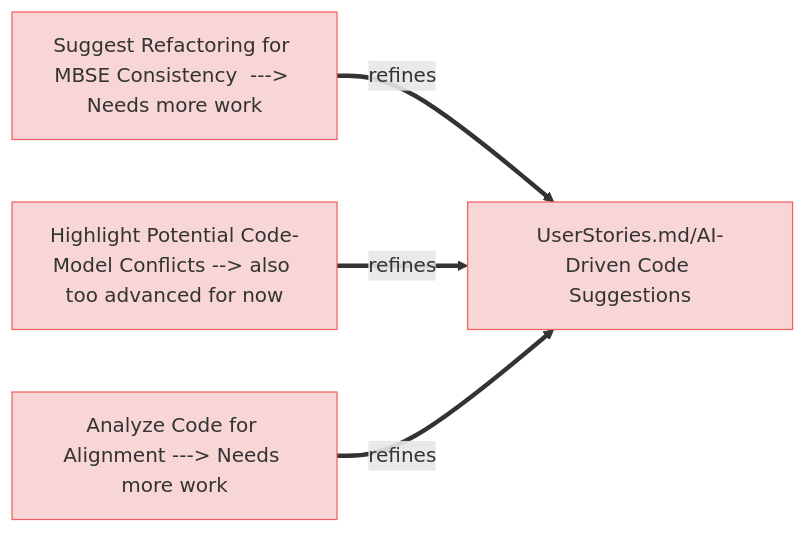
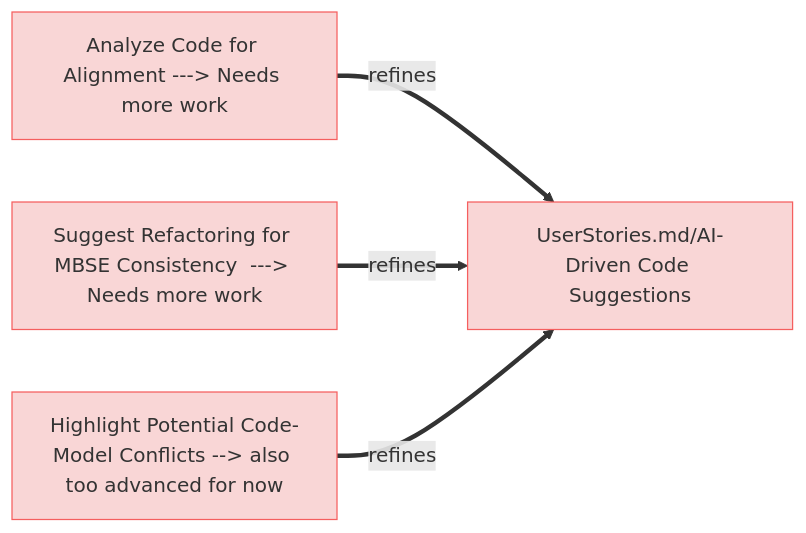
One commit to reqvire-org/reqvire changed the sixth of 11 diagrams in specifications/UserRequirements.md. Above: the diagram before and after it, drawn with Mermaid. The commit also changed other lines of this file and 25 other files, not shown here.

````diff
--- a/specifications/UserRequirements.md
+++ b/specifications/UserRequirements.md
@@ -448,23 +462,24 @@
 ```mermaid
 graph LR;
   %% Graph styling
   classDef requirement fill:#f9d6d6,stroke:#f55f5f,stroke-width:1px;
   classDef verification fill:#d6f9d6,stroke:#5fd75f,stroke-width:1px;
   classDef externalLink fill:#d0e0ff,stroke:#3080ff,stroke-width:1px;
   classDef default fill:#f5f5f5,stroke:#333333,stroke-width:1px;
+
+  e19f1380d9["Analyze Code for Alignment ---> Needs more work"];
+  click e19f1380d9 "UserRequirements.md#analyze-code-for-alignment---->-needs-more-work";
+  class e19f1380d9 requirement;
+  a4657fca5a["UserStories.md/AI-Driven Code Suggestions"];
+  class a4657fca5a requirement;
+  click a4657fca5a "UserStories.md#ai-driven-code-suggestions";
+  e19f1380d9 ==>|refines| a4657fca5a;
   71ba0e325e["Suggest Refactoring for MBSE Consistency  ---> Needs more work"];
   click 71ba0e325e "UserRequirements.md#suggest-refactoring-for-mbse-consistency----->-needs-more-work";
   class 71ba0e325e requirement;
-  a4657fca5a["UserStories.md/AI-Driven Code Suggestions"];
-  class a4657fca5a requirement;
-  click a4657fca5a "UserStories.md#ai-driven-code-suggestions";
   71ba0e325e ==>|refines| a4657fca5a;
   c6d300e51a["Highlight Potential Code-Model Conflicts --> also too advanced for now"];
   click c6d300e51a "UserRequirements.md#highlight-potential-code-model-conflicts--->-also-too-advanced-for-now";
   class c6d300e51a requirement;
   c6d300e51a ==>|refines| a4657fca5a;
-  e19f1380d9["Analyze Code for Alignment ---> Needs more work"];
-  click e19f1380d9 "UserRequirements.md#analyze-code-for-alignment---->-needs-more-work";
-  class e19f1380d9 requirement;
-  e19f1380d9 ==>|refines| a4657fca5a;
 ```
````
